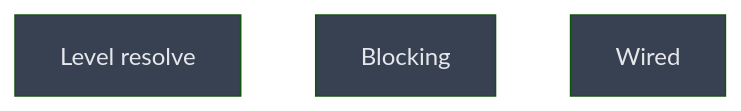
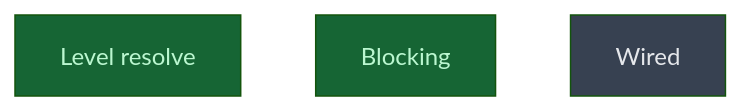
One commit to CrackingShells/Candler changed the diagram in __roadmap__/m6a-paired-stats/resolve/README.md. Above: the diagram before and after it, drawn with Mermaid (forest theme). The commit also changed other lines of this file and 1 other file, not shown here.

````diff
--- a/__roadmap__/m6a-paired-stats/resolve/README.md
+++ b/__roadmap__/m6a-paired-stats/resolve/README.md
@@ -20,11 +20,11 @@
 ```mermaid
 graph TD
-    level_resolve[Level resolve]:::planned
-    blocking[Blocking]:::planned
+    level_resolve[Level resolve]:::done
+    blocking[Blocking]:::done
     wired[Wired]:::planned
     classDef done       fill:#166534,color:#bbf7d0
     classDef inprogress fill:#854d0e,color:#fef08a
     classDef planned    fill:#374151,color:#e5e7eb
     classDef amendment  fill:#1e3a5f,color:#bfdbfe
     classDef blocked    fill:#7f1d1d,color:#fecaca
 ```
````
